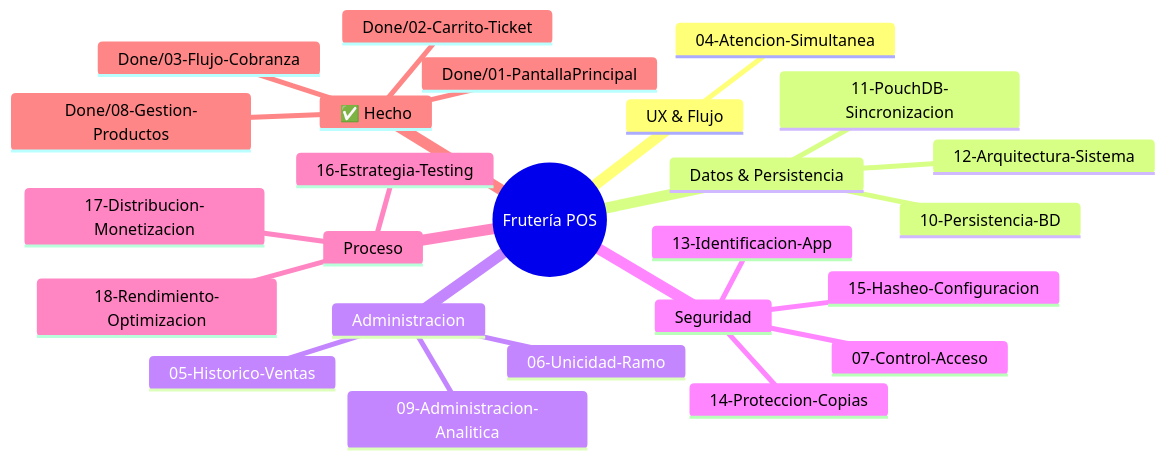
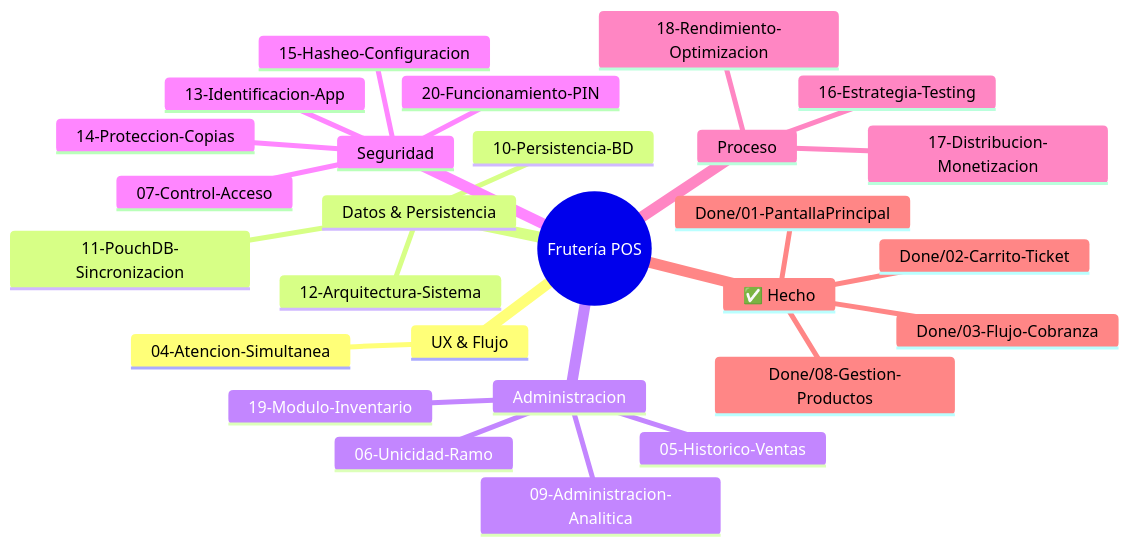
Before and after one commit to mmhgarcia/fruteria: the first of 2 diagrams in BrainStorm/Main.md, drawn with Mermaid. The commit also changed other lines of this file and 2 other files, not shown here.

Commit message:
docs: agrega BrainStorm 19-modulo-inventario y 20-funcionamiento-pin

````diff
--- a/BrainStorm/Main.md
+++ b/BrainStorm/Main.md
@@ -10,28 +10,30 @@
 ```mermaid
 mindmap
   root((Frutería POS))
     UX & Flujo
       04-Atencion-Simultanea
     Datos & Persistencia
       10-Persistencia-BD
       11-PouchDB-Sincronizacion
       12-Arquitectura-Sistema
     Administracion
       05-Historico-Ventas
       06-Unicidad-Ramo
       09-Administracion-Analitica
+      19-Modulo-Inventario
     Seguridad
       07-Control-Acceso
       13-Identificacion-App
       14-Proteccion-Copias
       15-Hasheo-Configuracion
+      20-Funcionamiento-PIN
     Proceso
       16-Estrategia-Testing
       17-Distribucion-Monetizacion
       18-Rendimiento-Optimizacion
     ✅ Hecho
       Done/01-PantallaPrincipal
       Done/02-Carrito-Ticket
       Done/03-Flujo-Cobranza
       Done/08-Gestion-Productos
 ```
````
